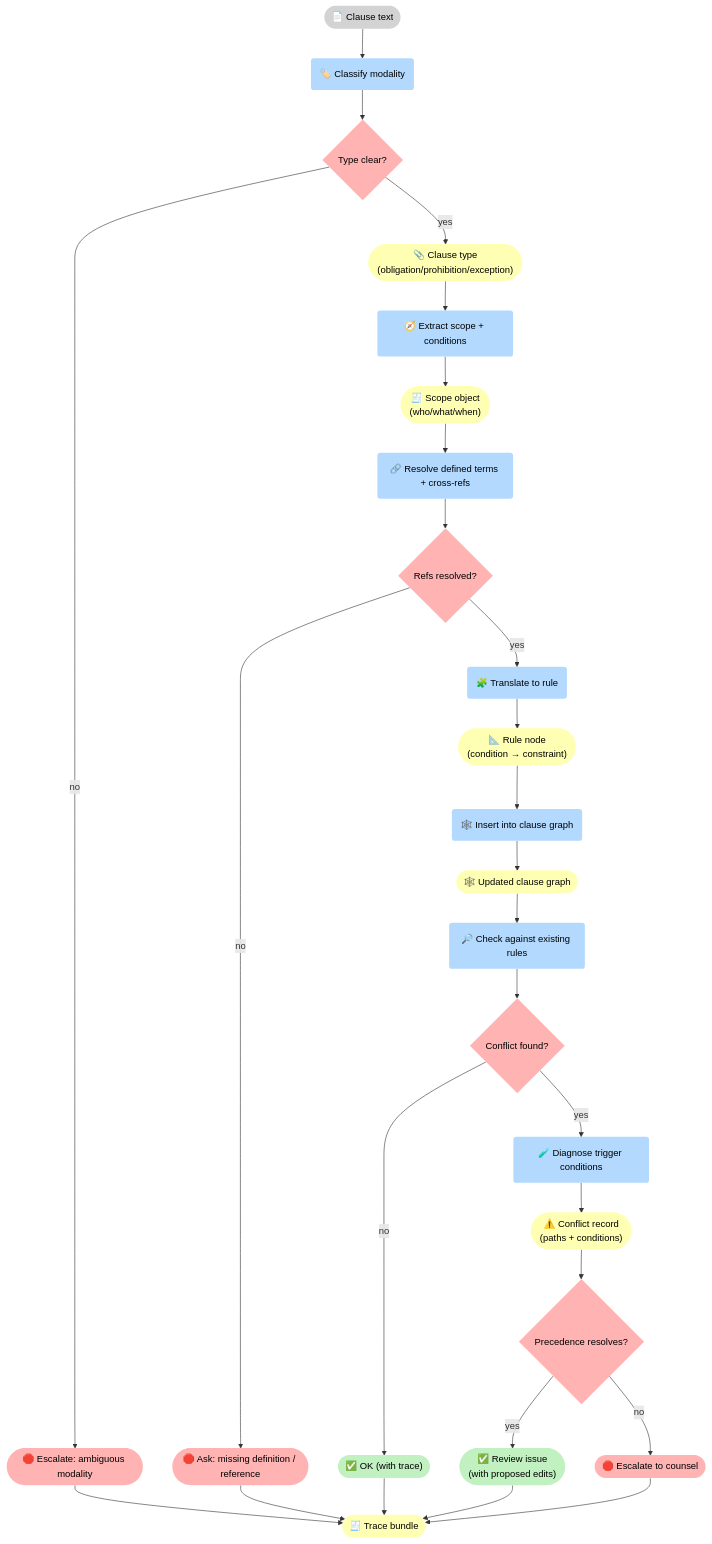
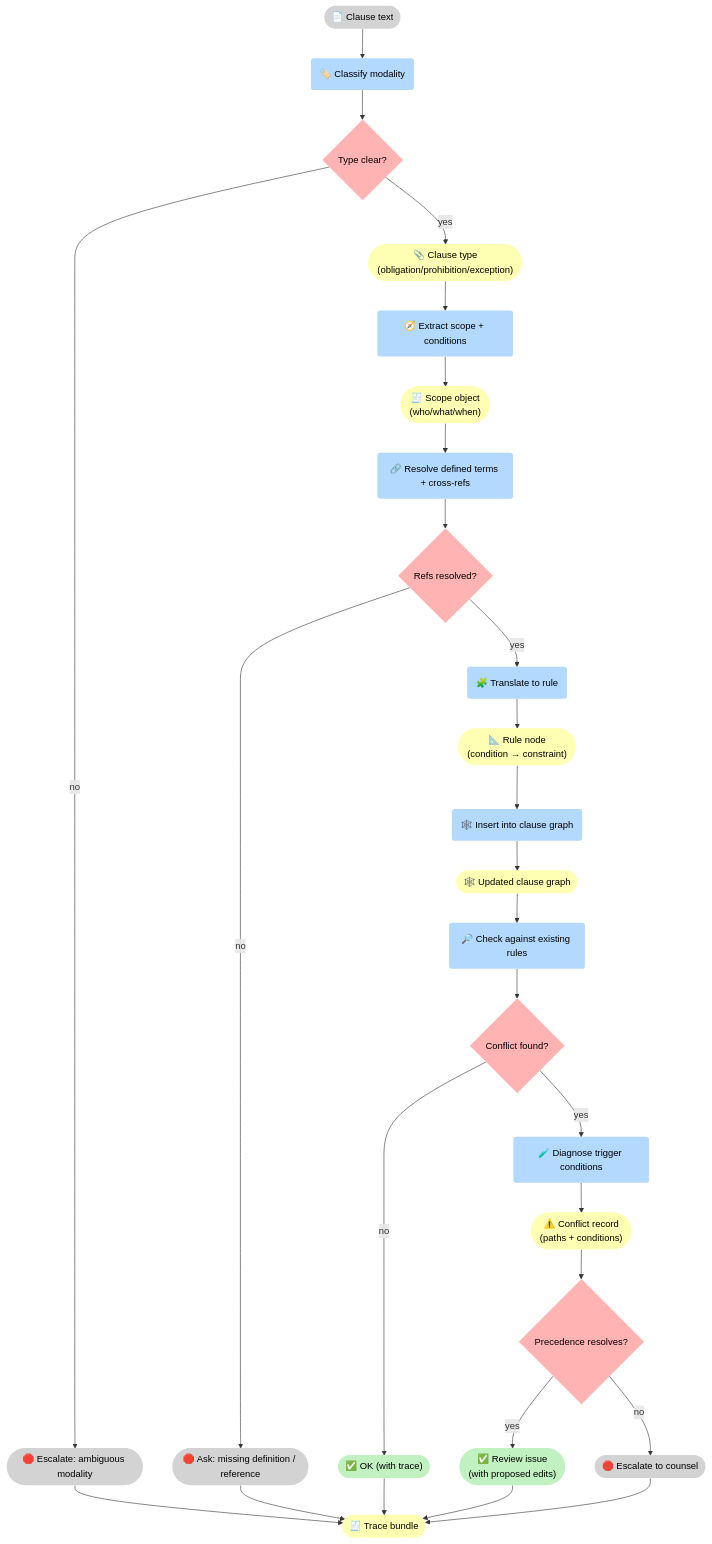
The second of 3 diagrams in docs/case-studies/legal.md (5Reasons/5reasons.github.io), drawn with Mermaid before and after one commit. The commit also changed other lines of this file and 14 other files, not shown here.

First line of the commit message:
Refactor diagrams and improve clarity in blog posts and case studies

````diff
--- a/docs/case-studies/legal.md
+++ b/docs/case-studies/legal.md
@@ -116,50 +116,50 @@
 ```mermaid
 flowchart TB
 %% Styles (brModel Standard)
 classDef i fill:#D3D3D3,stroke-width:0px,color:#000;
 classDef p fill:#B3D9FF,stroke-width:0px,color:#000;
 classDef r fill:#FFFFB3,stroke-width:0px,color:#000;
 classDef o fill:#C1F0C1,stroke-width:0px,color:#000;
 classDef s fill:#FFB3B3,stroke-width:0px,color:#000;
 
 I_C(["📄 Clause text"]):::i
 P_T("🏷️ Classify modality"):::p
 G_Type{"Type clear?"}:::s
 R_Type(["📎 Clause type<br>(obligation/prohibition/exception)"]):::r
-S_EscType(["🛑 Escalate: ambiguous modality"]):::s
+S_EscType(["🛑 Escalate: ambiguous modality"]):::i
 
 P_S("🧭 Extract scope + conditions"):::p
 R_Scope(["🧾 Scope object<br>(who/what/when)"]):::r
 P_Refs("🔗 Resolve defined terms + cross-refs"):::p
 G_Refs{"Refs resolved?"}:::s
-S_Ask(["🛑 Ask: missing definition / reference"]):::s
+S_Ask(["🛑 Ask: missing definition / reference"]):::i
 
 P_Rule("🧩 Translate to rule"):::p
 R_Rule(["📐 Rule node<br>(condition → constraint)"]):::r
 P_Insert("🕸️ Insert into clause graph"):::p
 R_CG(["🕸️ Updated clause graph"]):::r
 
 P_Check("🔎 Check against existing rules"):::p
 G_Conf{"Conflict found?"}:::s
 P_Diag("🧪 Diagnose trigger conditions"):::p
 R_Conf(["⚠️ Conflict record<br>(paths + conditions)"]):::r
 
 G_Prec{"Precedence resolves?"}:::s
 O_OK(["✅ OK (with trace)"]):::o
 O_Iss(["✅ Review issue<br>(with proposed edits)"]):::o
-S_Esc(["🛑 Escalate to counsel"]):::s
+S_Esc(["🛑 Escalate to counsel"]):::i
 R_Tr(["🧾 Trace bundle"]):::r
 
 I_C --> P_T --> G_Type
 G_Type -->|"no"| S_EscType --> R_Tr
 G_Type -->|"yes"| R_Type --> P_S --> R_Scope --> P_Refs --> G_Refs
 
 G_Refs -->|"no"| S_Ask --> R_Tr
 G_Refs -->|"yes"| P_Rule --> R_Rule --> P_Insert --> R_CG --> P_Check --> G_Conf
 
 G_Conf -->|"no"| O_OK --> R_Tr
 G_Conf -->|"yes"| P_Diag --> R_Conf --> G_Prec
 
 G_Prec -->|"yes"| O_Iss --> R_Tr
 G_Prec -->|"no"| S_Esc --> R_Tr
 ```
````
